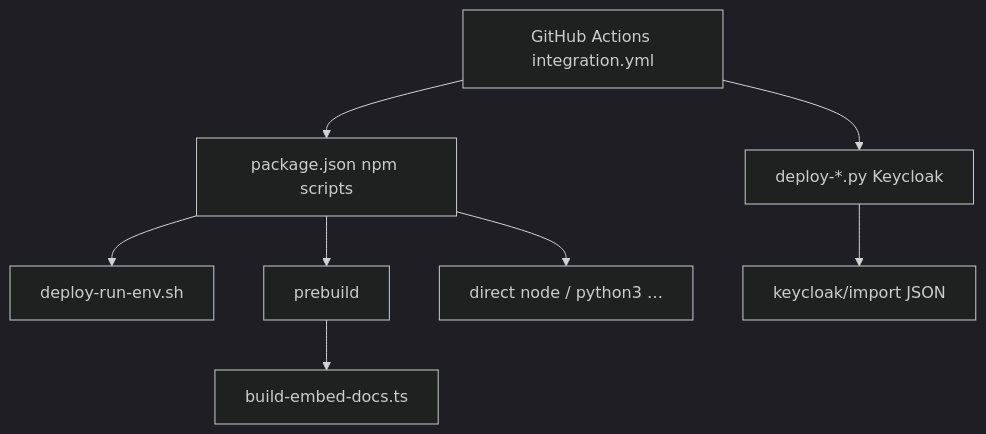
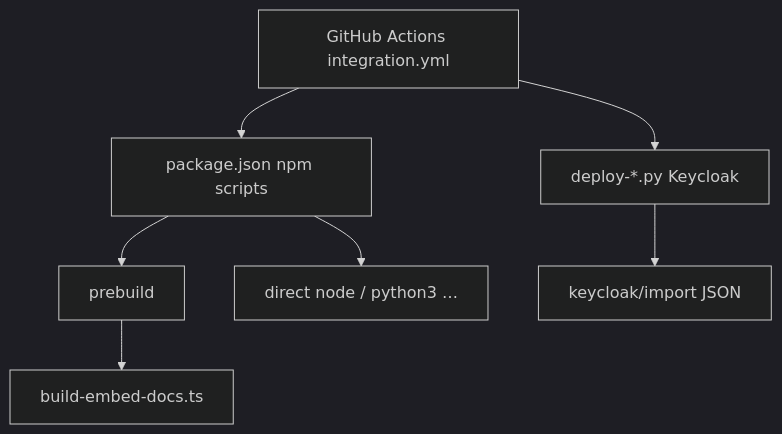
One commit to SquadRules/mcp changed the diagram in scripts/README.md. Above: the diagram before and after it, drawn with Mermaid (dark theme). The commit also changed other lines of this file and 15 other files, not shown here.

````diff
--- a/scripts/README.md
+++ b/scripts/README.md
@@ -26,18 +26,16 @@
 ```mermaid
 flowchart TB
   pkg["package.json npm scripts"]
-  runenv["deploy-run-env.sh"]
   pre["prebuild"]
   embed["build-embed-docs.ts"]
   ci["GitHub Actions integration.yml"]
   kc["deploy-*.py Keycloak"]
   data["keycloak/import JSON"]
   manual["direct node / python3 …"]
-  pkg --> runenv
   pkg --> pre
   pre --> embed
   ci --> pkg
   ci --> kc
   kc --> data
   pkg --> manual
 ```
````
